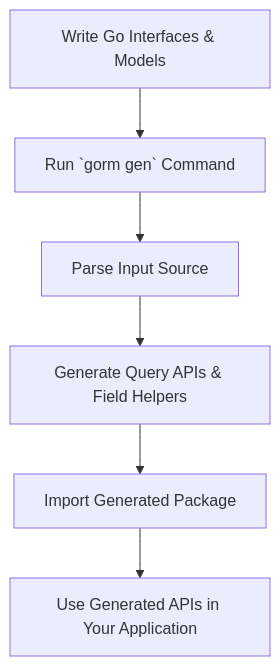
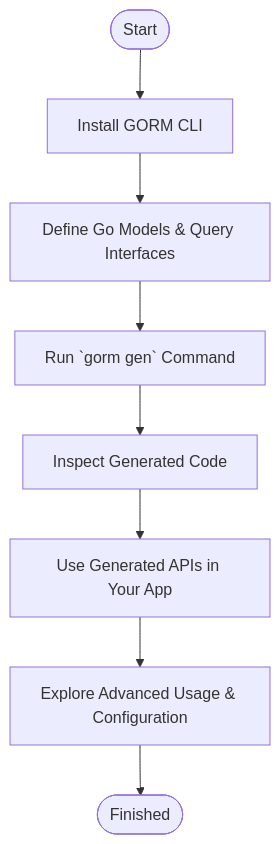
The diagram in guides/core-workflows/getting-started.mdx (clidey/docucod-public-project-3a0e48a9-6b86-4d21-a930-072fe9723c66), drawn with Mermaid before and after one commit. The commit also changed other lines of this file and 20 other files, not shown here.

````diff
--- a/guides/core-workflows/getting-started.mdx
+++ b/guides/core-workflows/getting-started.mdx
@@ -214,8 +261,10 @@
 ```mermaid
 flowchart TD
-  A[Write Go Interfaces & Models] --> B[Run `gorm gen` Command]
-  B --> C[Parse Input Source]
-  C --> D[Generate Query APIs & Field Helpers]
-  D --> E[Import Generated Package]
-  E --> F[Use Generated APIs in Your Application]
+  Start([Start]) --> Install[Install GORM CLI]
+  Install --> DefineModels[Define Go Models & Query Interfaces]
+  DefineModels --> RunGen[Run `gorm gen` Command]
+  RunGen --> Inspect[Inspect Generated Code]
+  Inspect --> UseCode[Use Generated APIs in Your App]
+  UseCode --> NextSteps[Explore Advanced Usage & Configuration]
+  NextSteps --> End([Finished])
 ```
````
